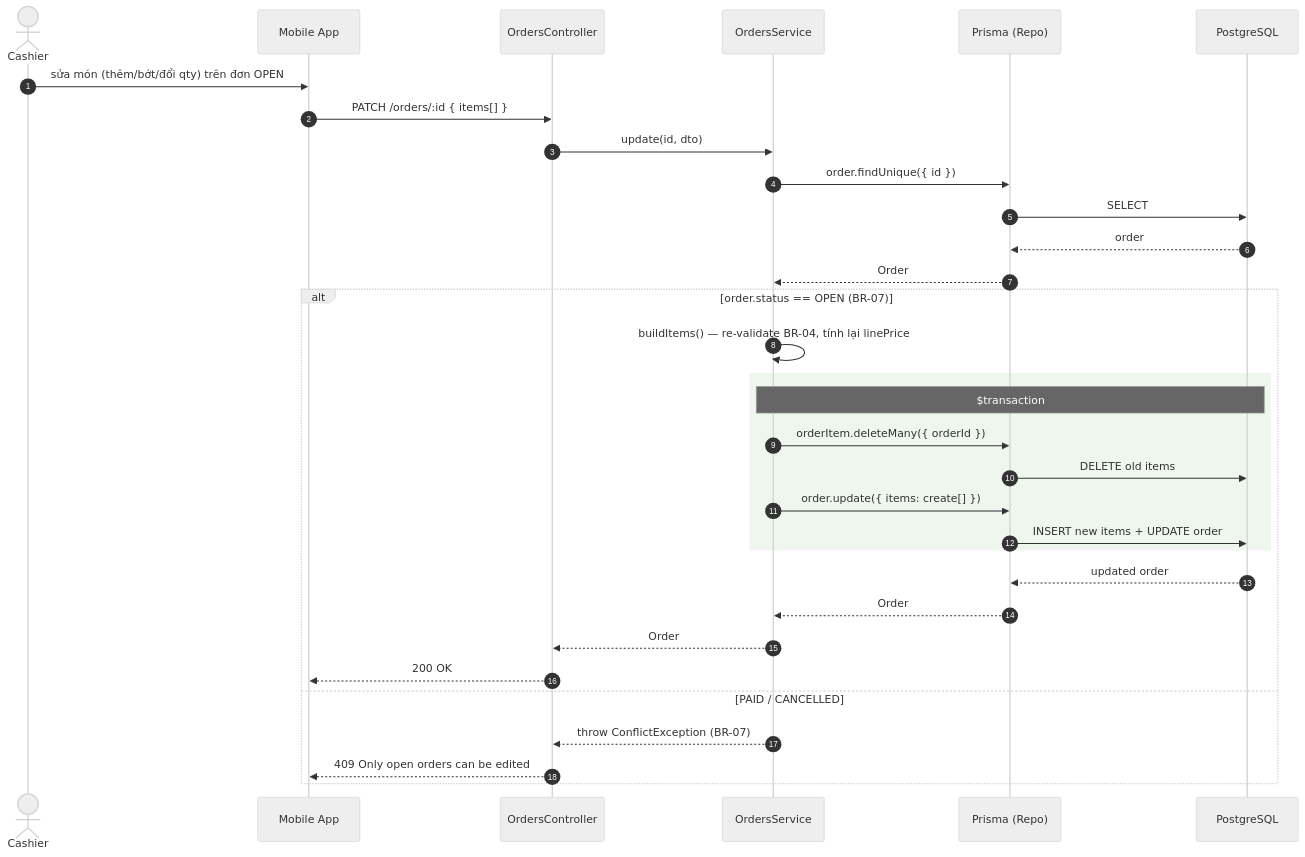
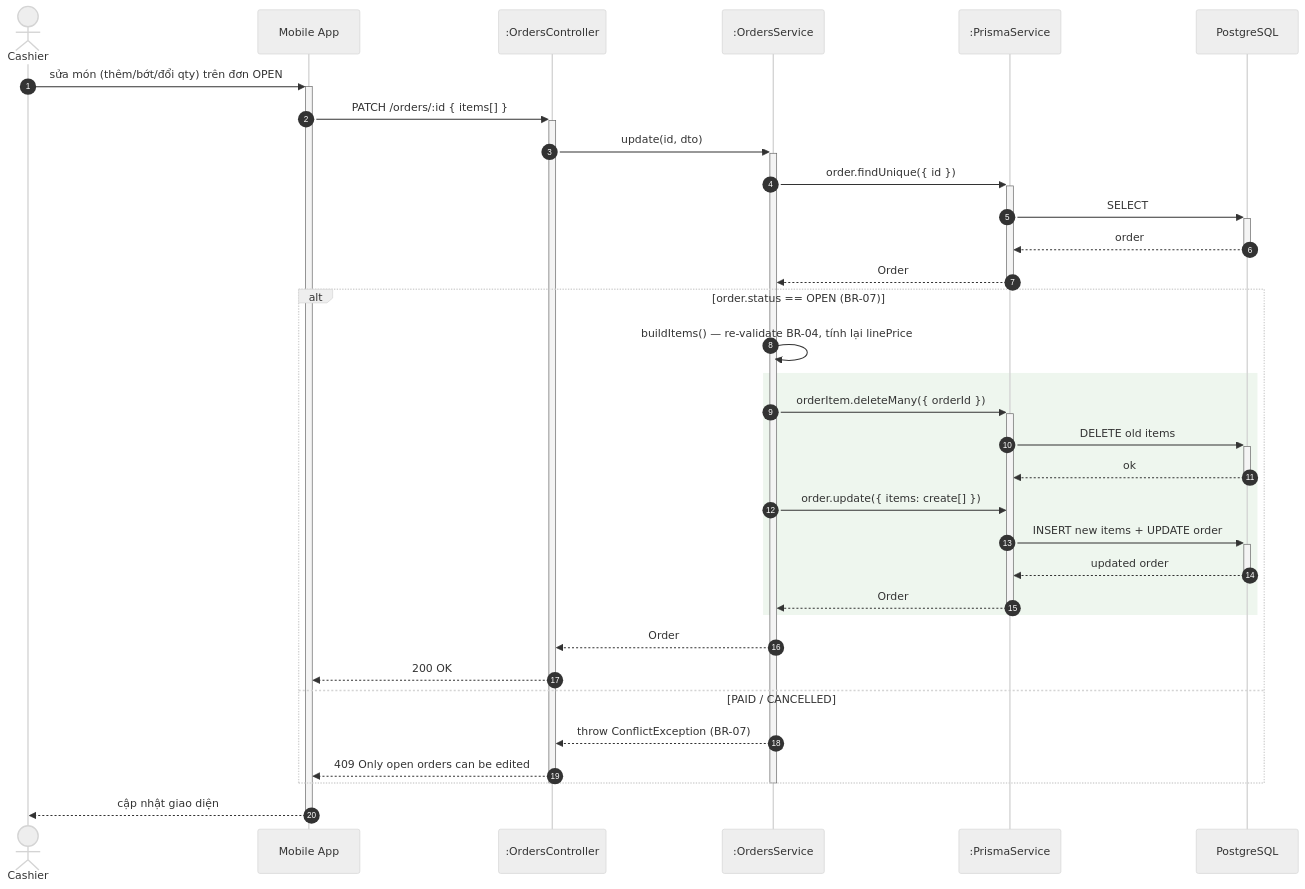
One commit to callmehai/Cafe-Shop-Management-System changed the fourth of 16 diagrams in docs/sequence-diagrams.md. Above: the diagram before and after it, drawn with Mermaid (neutral theme). The commit also changed other lines of this file and 1 other file, not shown here.

Commit message:
docs: add sequence and class diagrams for system architecture and use case implementation

````diff
--- a/docs/sequence-diagrams.md
+++ b/docs/sequence-diagrams.md
@@ -205,36 +208,39 @@
 ```mermaid
 sequenceDiagram
     autonumber
     actor C as Cashier
     participant App as Mobile App
-    participant API as OrdersController
-    participant SVC as OrdersService
-    participant ORM as Prisma (Repo)
+    participant API as :OrdersController
+    participant SVC as :OrdersService
+    participant ORM as :PrismaService
     participant DB as PostgreSQL
 
-    C->>App: sửa món (thêm/bớt/đổi qty) trên đơn OPEN
-    App->>API: PATCH /orders/:id { items[] }
-    API->>SVC: update(id, dto)
-    SVC->>ORM: order.findUnique({ id })
-    ORM->>DB: SELECT
-    DB-->>ORM: order
-    ORM-->>SVC: Order
+    C->>+App: sửa món (thêm/bớt/đổi qty) trên đơn OPEN
+    App->>+API: PATCH /orders/:id { items[] }
+    API->>+SVC: update(id, dto)
+    SVC->>+ORM: order.findUnique({ id })
+    ORM->>+DB: SELECT
+    DB-->>-ORM: order
+    ORM-->>-SVC: Order
 
     alt order.status == OPEN (BR-07)
         SVC->>SVC: buildItems() — re-validate BR-04, tính lại linePrice
         rect rgb(238,246,238)
-            Note over SVC,DB: $transaction
-            SVC->>ORM: orderItem.deleteMany({ orderId })
-            ORM->>DB: DELETE old items
+            SVC->>+ORM: orderItem.deleteMany({ orderId })
+            ORM->>+DB: DELETE old items
+            DB-->>-ORM: ok
             SVC->>ORM: order.update({ items: create[] })
-            ORM->>DB: INSERT new items + UPDATE order
+            ORM->>+DB: INSERT new items + UPDATE order
+            DB-->>-ORM: updated order
+            ORM-->>-SVC: Order
         end
-        DB-->>ORM: updated order
-        ORM-->>SVC: Order
         SVC-->>API: Order
         API-->>App: 200 OK
     else PAID / CANCELLED
         SVC-->>API: throw ConflictException (BR-07)
         API-->>App: 409 Only open orders can be edited
     end
+    deactivate SVC
+    deactivate API
+    App-->>-C: cập nhật giao diện
 ```
````
